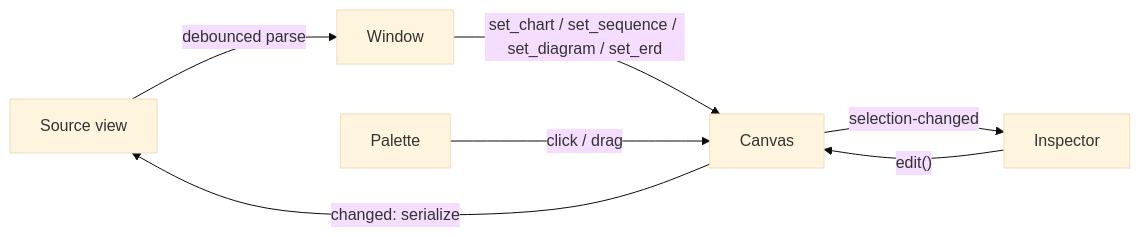
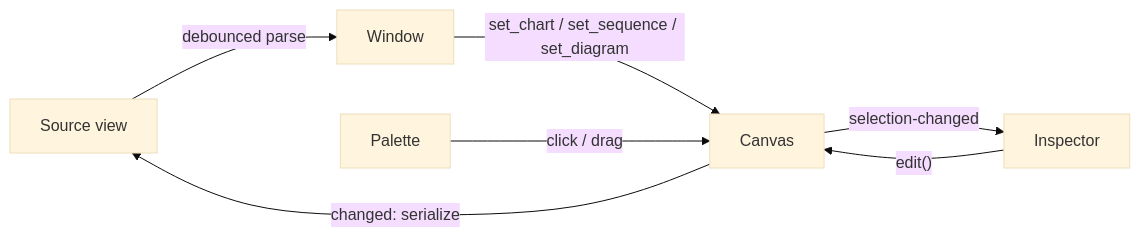
The diagram in docs/ARCHITECTURE.md (brpaz/reefgraph), drawn with Mermaid (base theme) before and after one commit. The commit also changed other lines of this file and 1 other file, not shown here.

Commit message:
docs: document the shared box canvas and source copying

````diff
--- a/docs/ARCHITECTURE.md
+++ b/docs/ARCHITECTURE.md
@@ -40,9 +43,9 @@
 ```mermaid
 flowchart LR
     Text[Source view] -- "debounced parse" --> Window
-    Window -- "set_chart / set_sequence / set_diagram / set_erd" --> Canvas
+    Window -- "set_chart / set_sequence / set_diagram" --> Canvas
     Canvas -- "changed: serialize" --> Text
     Palette -- "click / drag" --> Canvas
     Inspector -- "edit()" --> Canvas
     Canvas -- "selection-changed" --> Inspector
 ```
````
